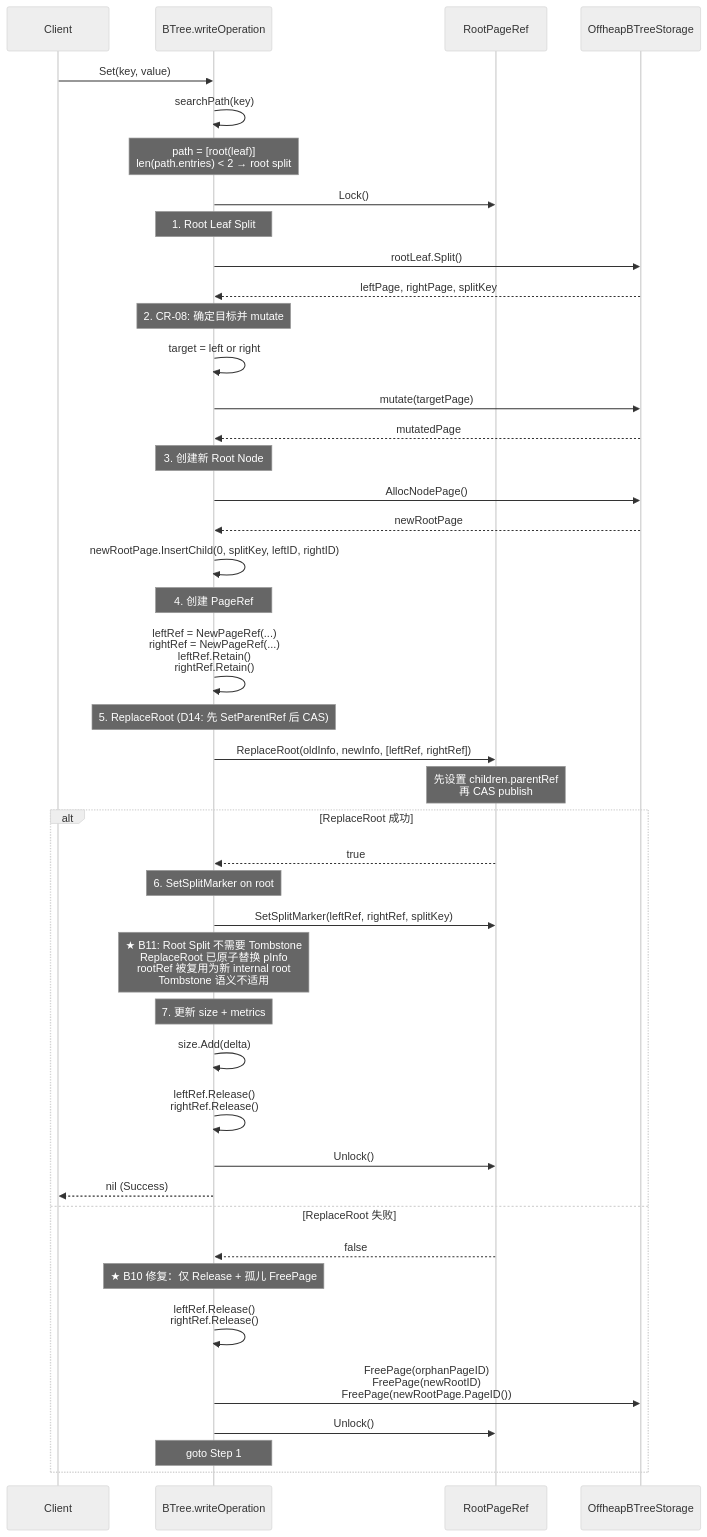
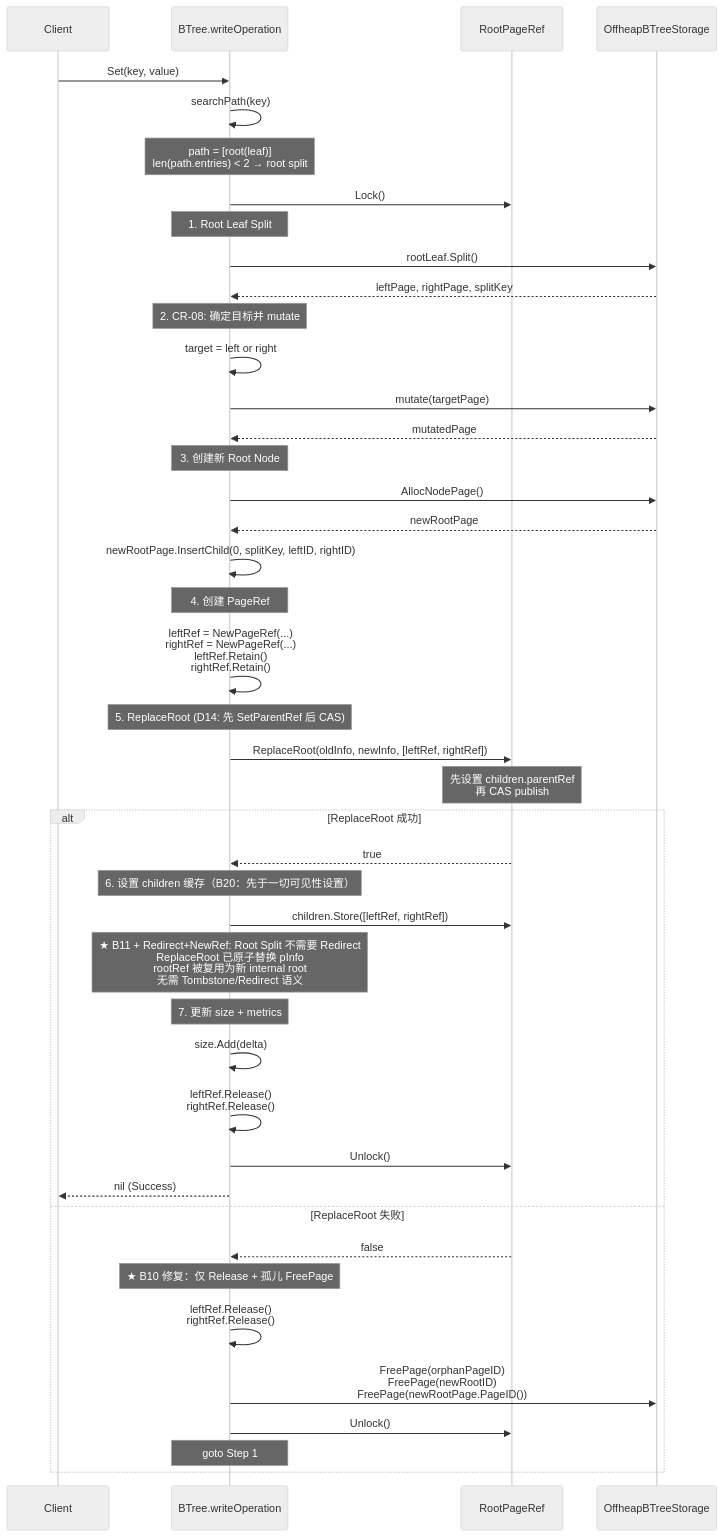
One commit to jzhang405/NexKV changed the third of 5 diagrams in docs/07_spike/btree-refactor/2026-04-02-btree-split-implement.md. Above: the diagram before and after it, drawn with Mermaid (neutral theme). The commit also changed other lines of this file and 1 other file, not shown here.

First line of the commit message:
docs(btree): 补充 Phase 6.1 Redirect+NewRef 设计及 cascading split 审核

````diff
--- a/docs/07_spike/btree-refactor/2026-04-02-btree-split-implement.md
+++ b/docs/07_spike/btree-refactor/2026-04-02-btree-split-implement.md
@@ -684,56 +632,56 @@
 ```mermaid
 sequenceDiagram
     participant Client
     participant BTree as BTree.writeOperation
     participant RootRef as RootPageRef
     participant Storage as OffheapBTreeStorage
 
     Client->>BTree: Set(key, value)
     BTree->>BTree: searchPath(key)
     Note over BTree: path = [root(leaf)]<br/>len(path.entries) < 2 → root split
 
     BTree->>RootRef: Lock()
 
     Note over BTree: 1. Root Leaf Split
     BTree->>Storage: rootLeaf.Split()
     Storage-->>BTree: leftPage, rightPage, splitKey
 
     Note over BTree: 2. CR-08: 确定目标并 mutate
     BTree->>BTree: target = left or right
     BTree->>Storage: mutate(targetPage)
     Storage-->>BTree: mutatedPage
 
     Note over BTree: 3. 创建新 Root Node
     BTree->>Storage: AllocNodePage()
     Storage-->>BTree: newRootPage
     BTree->>BTree: newRootPage.InsertChild(0, splitKey, leftID, rightID)
 
     Note over BTree: 4. 创建 PageRef
     BTree->>BTree: leftRef = NewPageRef(...)<br/>rightRef = NewPageRef(...)<br/>leftRef.Retain()<br/>rightRef.Retain()
 
     Note over BTree: 5. ReplaceRoot (D14: 先 SetParentRef 后 CAS)
     BTree->>RootRef: ReplaceRoot(oldInfo, newInfo, [leftRef, rightRef])
     Note over RootRef: 先设置 children.parentRef<br/>再 CAS publish
 
     alt ReplaceRoot 成功
         RootRef-->>BTree: true
 
-        Note over BTree: 6. SetSplitMarker on root
-        BTree->>RootRef: SetSplitMarker(leftRef, rightRef, splitKey)
+        Note over BTree: 6. 设置 children 缓存（B20：先于一切可见性设置）
+        BTree->>RootRef: children.Store([leftRef, rightRef])
 
-        Note over BTree: ★ B11: Root Split 不需要 Tombstone<br/>ReplaceRoot 已原子替换 pInfo<br/>rootRef 被复用为新 internal root<br/>Tombstone 语义不适用
+        Note over BTree: ★ B11 + Redirect+NewRef: Root Split 不需要 Redirect<br/>ReplaceRoot 已原子替换 pInfo<br/>rootRef 被复用为新 internal root<br/>无需 Tombstone/Redirect 语义
 
         Note over BTree: 7. 更新 size + metrics
         BTree->>BTree: size.Add(delta)
         BTree->>BTree: leftRef.Release()<br/>rightRef.Release()
         BTree->>RootRef: Unlock()
         BTree-->>Client: nil (Success)
     else ReplaceRoot 失败
         RootRef-->>BTree: false
         Note over BTree: ★ B10 修复：仅 Release + 孤儿 FreePage
         BTree->>BTree: leftRef.Release()<br/>rightRef.Release()
         BTree->>Storage: FreePage(orphanPageID)<br/>FreePage(newRootID)<br/>FreePage(newRootPage.PageID())
         BTree->>RootRef: Unlock()
         Note over BTree: goto Step 1
     end
 ```
````
